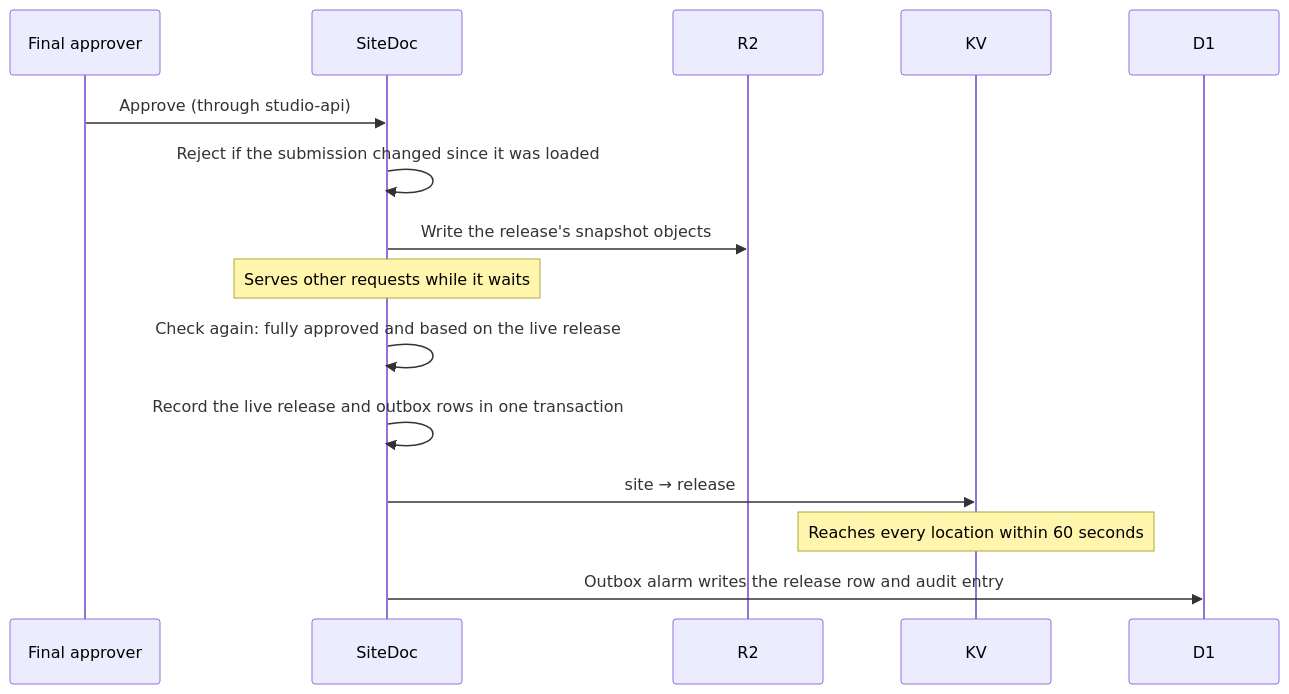
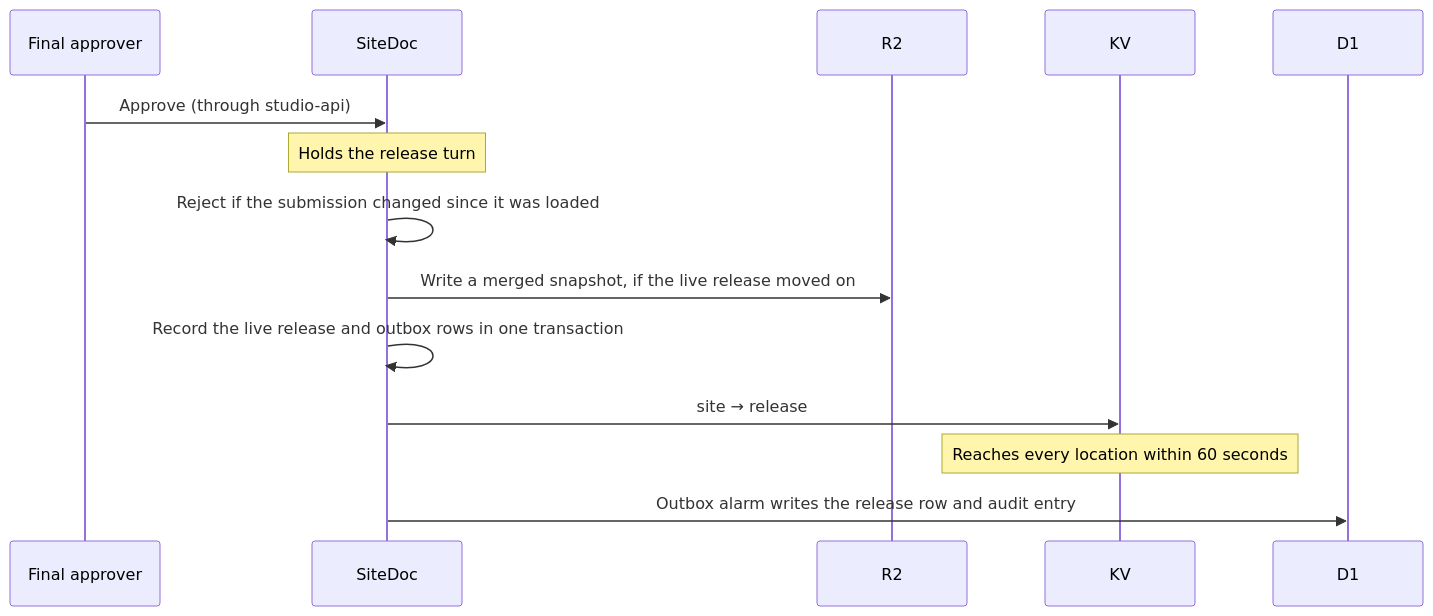
The third of 3 diagrams in docs/technical-design.mdx (AdiRishi/pakshi), drawn with Mermaid before and after one commit. The commit also changed other lines of this file and 3 other files, not shown here.

````diff
--- a/docs/technical-design.mdx
+++ b/docs/technical-design.mdx
@@ -280,17 +279,16 @@
 ```mermaid
 sequenceDiagram
   participant P as Final approver
   participant SD as SiteDoc
   participant R2
   participant KV
   participant D1
   P->>SD: Approve (through studio-api)
+  Note over SD: Holds the release turn
   SD->>SD: Reject if the submission changed since it was loaded
-  SD->>R2: Write the release's snapshot objects
-  Note over SD: Serves other requests while it waits
-  SD->>SD: Check again: fully approved and based on the live release
+  SD->>R2: Write a merged snapshot, if the live release moved on
   SD->>SD: Record the live release and outbox rows in one transaction
   SD->>KV: site → release
   Note over KV: Reaches every location within 60 seconds
   SD->>D1: Outbox alarm writes the release row and audit entry
 ```
````
